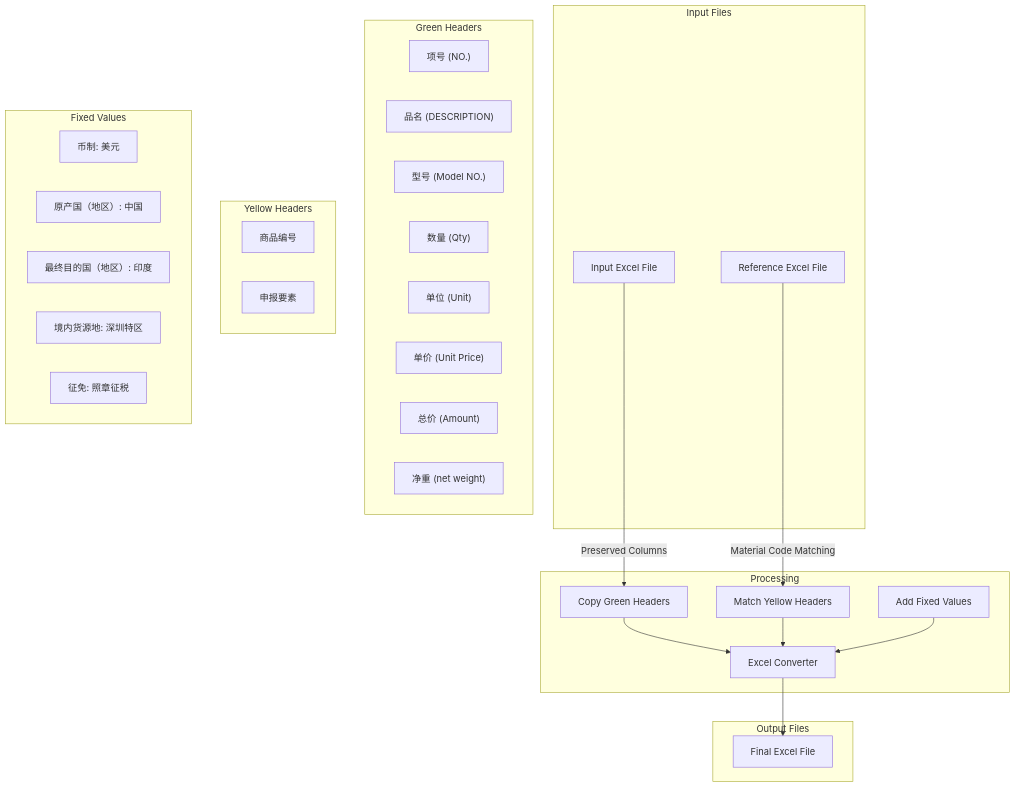
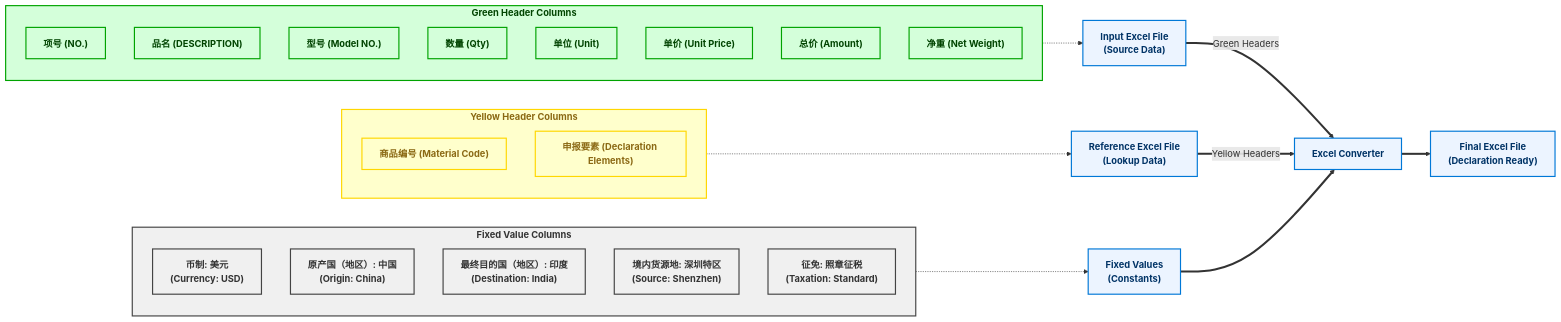
One commit to anlaganlag/CIIBER_custom_declare changed the diagram in README.md. Above: the diagram before and after it, drawn with Mermaid. The commit also changed 1 other file, not shown here.

Commit message:
made the flow chart more readable in readme files.

````diff
--- a/README.md
+++ b/README.md
@@ -73,49 +73,53 @@
 ```mermaid
-graph TD
-    subgraph Inputs["Input Files"]
-        A["Input Excel File"]
-        B["Reference Excel File"]
+flowchart LR
+    %% Main flow with larger nodes and clearer labels
+    InputFile["Input Excel File\n(Source Data)"] ==> |"Green Headers"| Processor
+    ReferenceFile["Reference Excel File\n(Lookup Data)"] ==> |"Yellow Headers"| Processor
+    FixedValues["Fixed Values\n(Constants)"] ==> Processor
+    Processor["Excel Converter"] ==> OutputFile["Final Excel File\n(Declaration Ready)"]
+    
+    %% Define styles
+    classDef greenBox fill:#d4ffda,stroke:#00a300,stroke-width:2px,color:#004400,font-weight:bold
+    classDef yellowBox fill:#ffffcc,stroke:#ffd700,stroke-width:2px,color:#8b6914,font-weight:bold
+    classDef blueBox fill:#ecf4ff,stroke:#0078d7,stroke-width:2px,color:#003366,font-weight:bold
+    classDef grayBox fill:#f0f0f0,stroke:#444444,stroke-width:2px,color:#333333,font-weight:bold
+    
+    %% Column details with subgraphs
+    subgraph GreenColumns["Green Header Columns"]
+        direction TB
+        G1["项号 (NO.)"]
+        G2["品名 (DESCRIPTION)"]
+        G3["型号 (Model NO.)"]
+        G4["数量 (Qty)"]
+        G5["单位 (Unit)"]
+        G6["单价 (Unit Price)"]
+        G7["总价 (Amount)"]
+        G8["净重 (Net Weight)"]
     end
     
-    subgraph Process["Processing"]
-        C["Excel Converter"]
-        E["Copy Green Headers"]
-        F["Match Yellow Headers"]
-        G["Add Fixed Values"]
+    subgraph YellowColumns["Yellow Header Columns"]
+        direction TB
+        Y1["商品编号 (Material Code)"]
+        Y2["申报要素 (Declaration Elements)"]
     end
     
-    subgraph Output["Output Files"]
-        H["Final Excel File"]
+    subgraph FixedColumns["Fixed Value Columns"]
+        direction TB
+        F1["币制: 美元\n(Currency: USD)"]
+        F2["原产国（地区）: 中国\n(Origin: China)"]
+        F3["最终目的国（地区）: 印度\n(Destination: India)"]
+        F4["境内货源地: 深圳特区\n(Source: Shenzhen)"]
+        F5["征免: 照章征税\n(Taxation: Standard)"]
     end
     
-    A -->|Preserved Columns| E
-    B -->|Material Code Matching| F
-    E --> C
-    F --> C
-    G --> C
-    C --> H
+    %% Connect subgraphs to main flow
+    GreenColumns -.-> InputFile
+    YellowColumns -.-> ReferenceFile
+    FixedColumns -.-> FixedValues
     
-    subgraph GreenHeaders["Green Headers"]
-        I["项号 (NO.)"]
-        J["品名 (DESCRIPTION)"]
-        K["型号 (Model NO.)"]
-        L["数量 (Qty)"]
-        M["单位 (Unit)"]
-        N["单价 (Unit Price)"]
-        O["总价 (Amount)"]
-        P["净重 (net weight)"]
-    end
-    
-    subgraph YellowHeaders["Yellow Headers"]
-        Q["商品编号"]
-        R["申报要素"]
-    end
-    
-    subgraph FixedValues["Fixed Values"]
-        S["币制: 美元"]
-        T["原产国（地区）: 中国"]
-        U["最终目的国（地区）: 印度"]
-        V["境内货源地: 深圳特区"]
-        W["征免: 照章征税"]
-    end
+    %% Apply styles
+    class GreenColumns,G1,G2,G3,G4,G5,G6,G7,G8 greenBox
+    class YellowColumns,Y1,Y2 yellowBox
+    class FixedColumns,F1,F2,F3,F4,F5 grayBox
+    class InputFile,ReferenceFile,Processor,OutputFile,FixedValues blueBox
 ```
````
